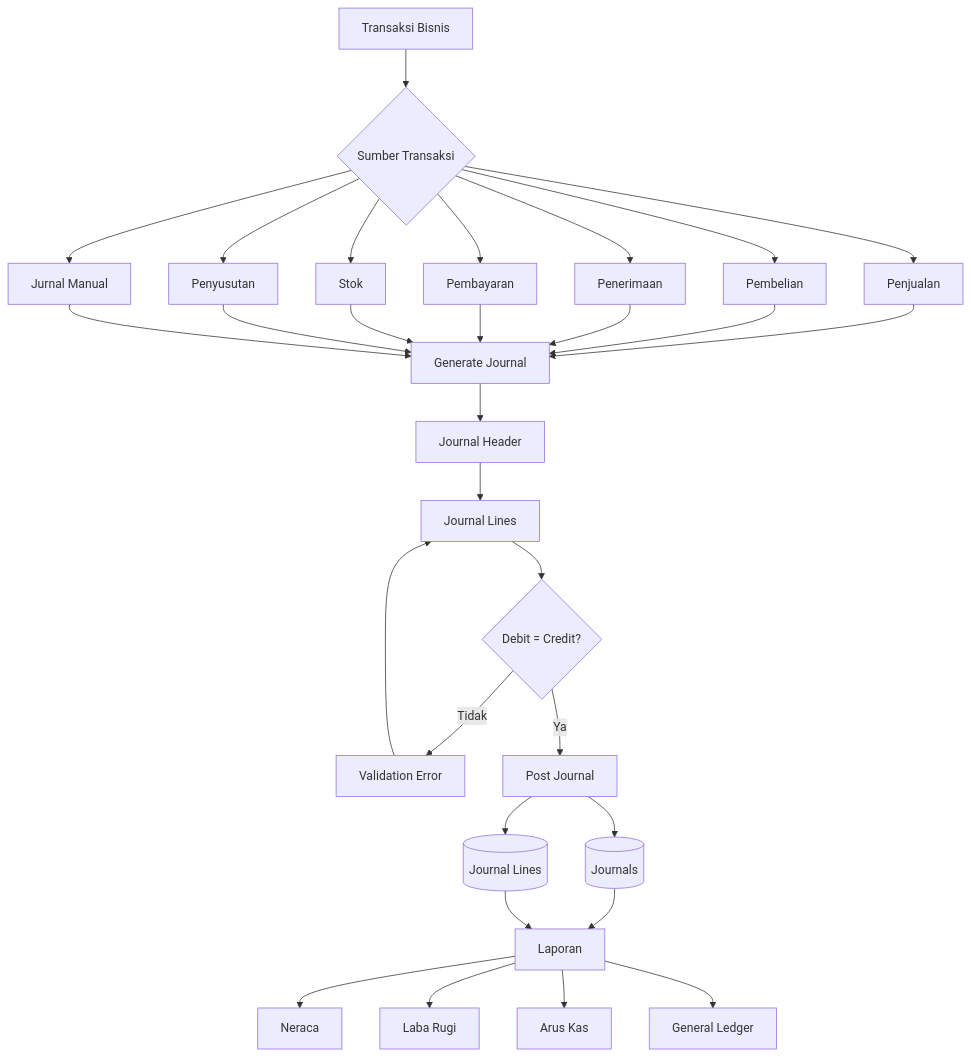
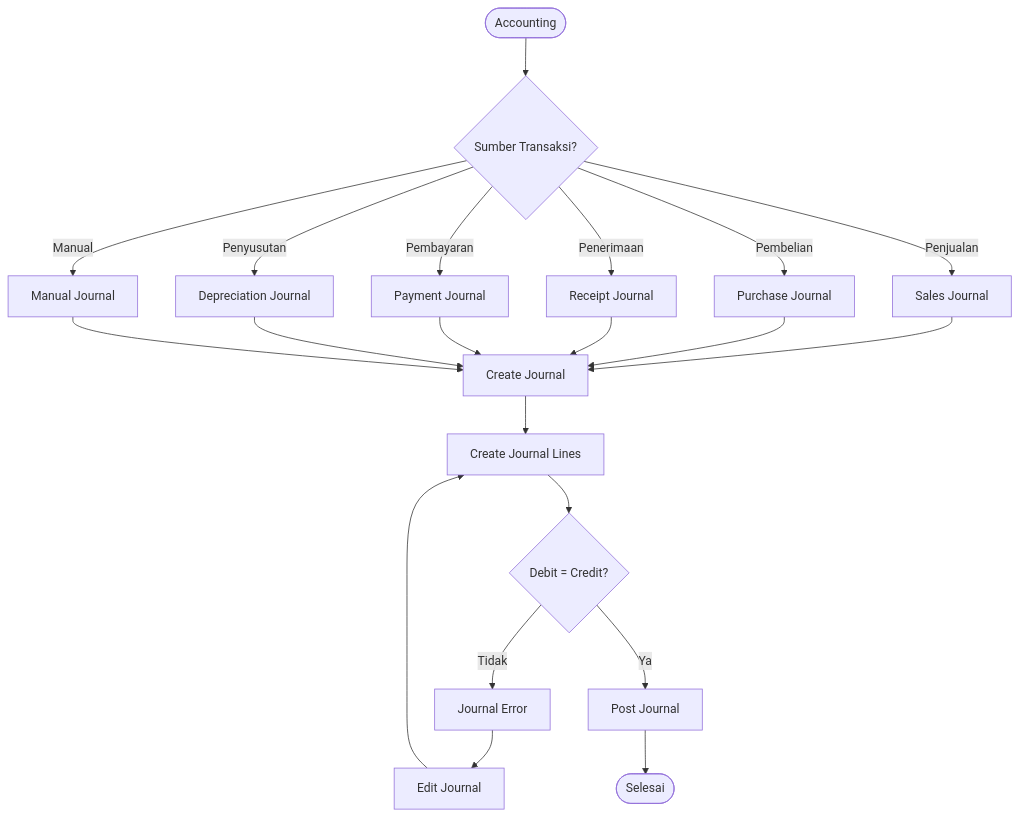
Before and after one commit to ahmadfaiqm/flowcash: the seventh of 17 diagrams in docs/flowchart/flowchart.md, drawn with Mermaid. The commit also changed other lines of this file, not shown here.

Commit message:
feat/FlowChartBaru

````diff
--- a/docs/flowchart/flowchart.md
+++ b/docs/flowchart/flowchart.md
@@ -387,41 +181,23 @@
 ```mermaid
 flowchart TD
-    A[Transaksi Bisnis] --> B{Sumber Transaksi}
-
-    B --> C[Penjualan]
-    B --> D[Pembelian]
-    B --> E[Penerimaan]
-    B --> F[Pembayaran]
-    B --> G[Stok]
-    B --> H[Penyusutan]
-    B --> I[Jurnal Manual]
-
-    C --> J[Generate Journal]
-    D --> J
-    E --> J
-    F --> J
-    G --> J
-    H --> J
-    I --> J
-
-    J --> K[Journal Header]
-    K --> L[Journal Lines]
-
-    L --> M{Debit = Credit?}
-
-    M -- Tidak --> N[Validation Error]
-    N --> L
-
-    M -- Ya --> O[Post Journal]
-
-    O --> P[(Journals)]
-    O --> Q[(Journal Lines)]
-
-    P --> R[Laporan]
-    Q --> R
-
-    R --> S[Neraca]
-    R --> T[Laba Rugi]
-    R --> U[Arus Kas]
-    R --> V[General Ledger]
+    A([Accounting]) --> B{Sumber Transaksi?}
+    B -->|Penjualan| C[Sales Journal]
+    B -->|Pembelian| D[Purchase Journal]
+    B -->|Penerimaan| E[Receipt Journal]
+    B -->|Pembayaran| F[Payment Journal]
+    B -->|Penyusutan| G[Depreciation Journal]
+    B -->|Manual| H[Manual Journal]
+    C --> I[Create Journal]
+    D --> I
+    E --> I
+    F --> I
+    G --> I
+    H --> I
+    I --> J[Create Journal Lines]
+    J --> K{Debit = Credit?}
+    K -->|Tidak| L[Journal Error]
+    L --> M[Edit Journal]
+    M --> J
+    K -->|Ya| N[Post Journal]
+    N --> O([Selesai])
 ```
````
